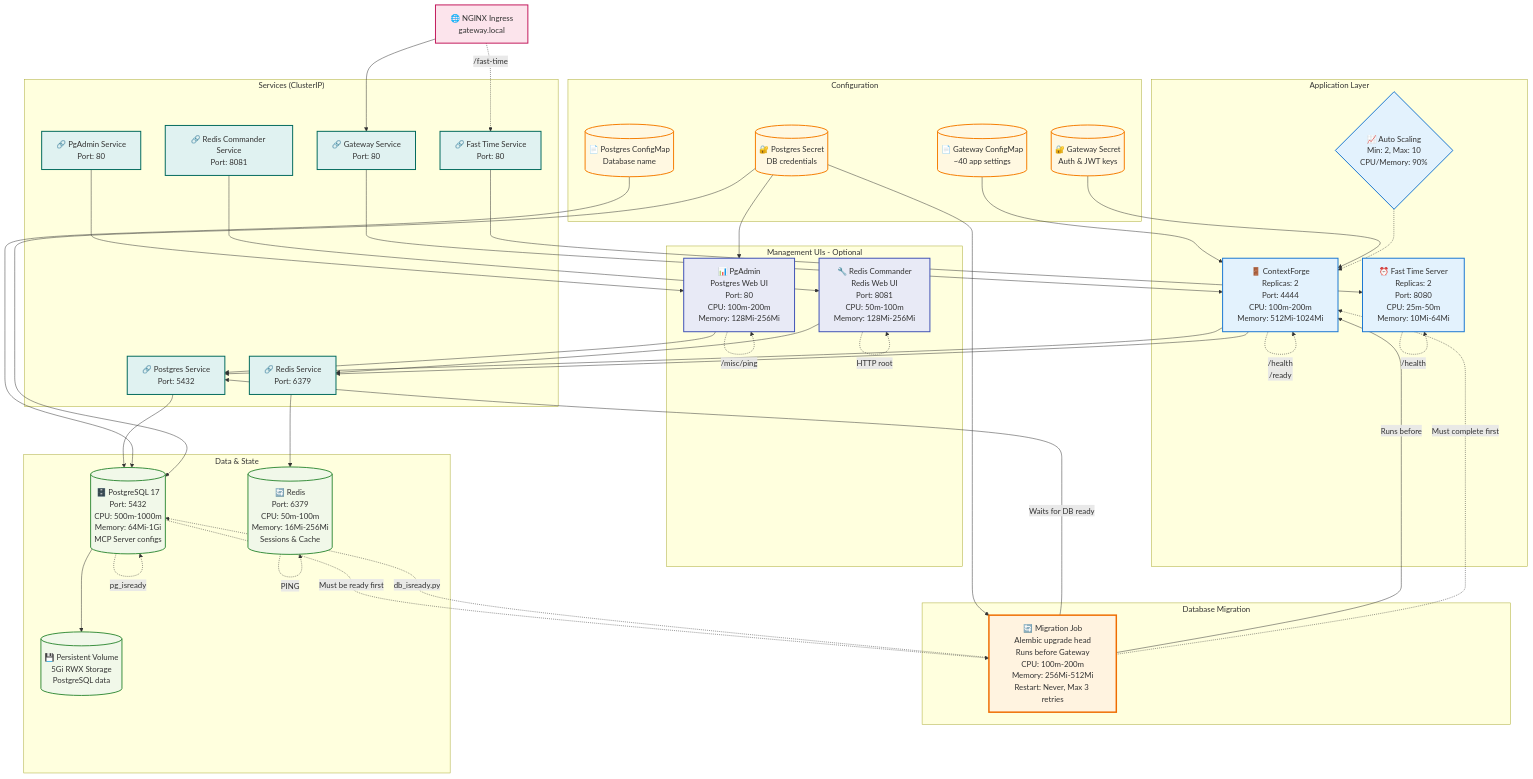
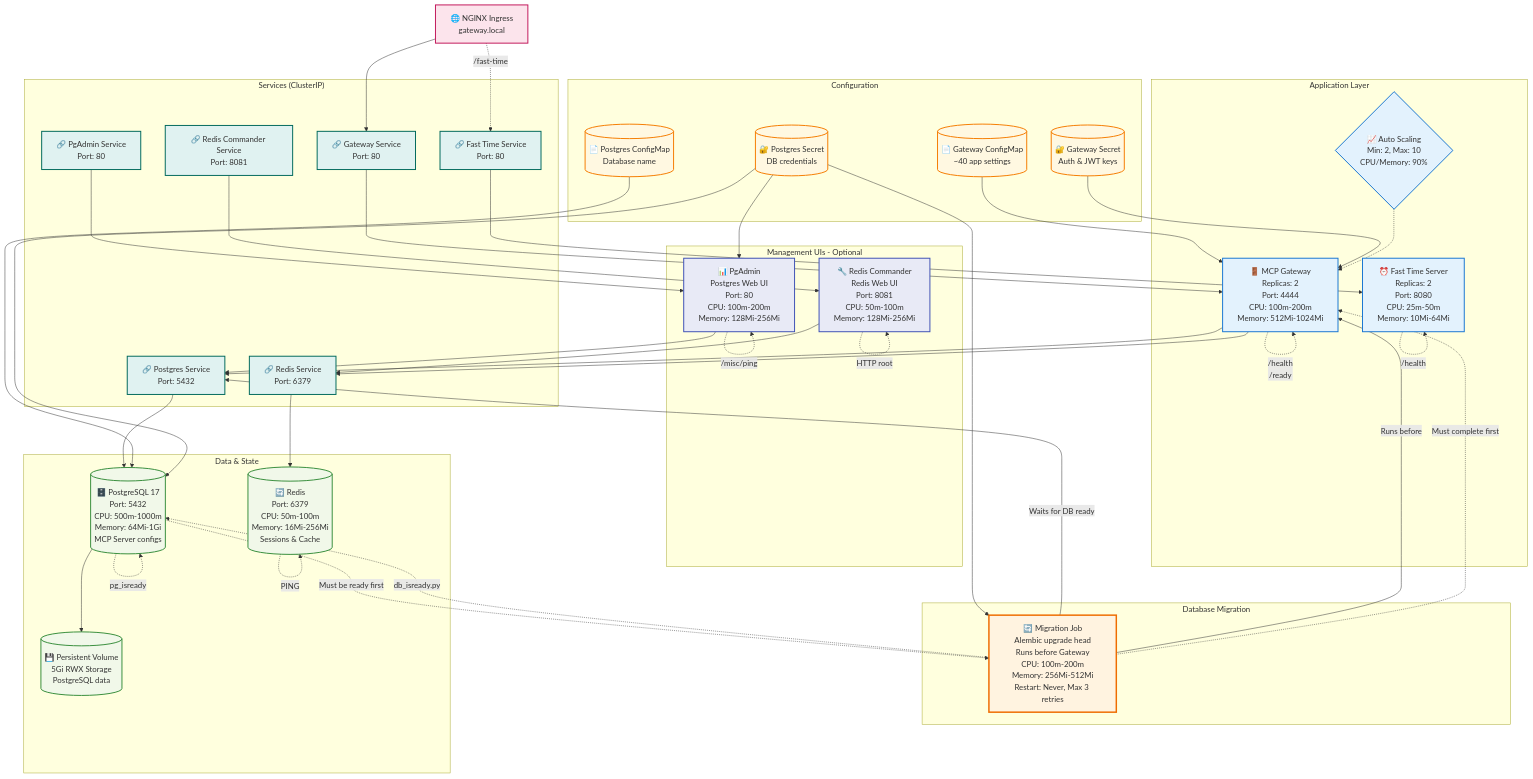
The diagram in charts/README.md (Garry2012/mcp-gateway), drawn with Mermaid before and after one commit. The commit also changed other lines of this file and 130 other files, not shown here.

Commit message:
feat: complete MCP Gateway brand migration

```diff
--- a/charts/README.md
+++ b/charts/README.md
@@ -57,7 +57,7 @@
 
     %% Application Tier
     subgraph "Application Layer"
-        MCPGateway[🚪 ContextForge<br/>Replicas: 2<br/>Port: 4444<br/>CPU: 100m-200m<br/>Memory: 512Mi-1024Mi]
+        MCPGateway[🚪 MCP Gateway<br/>Replicas: 2<br/>Port: 4444<br/>CPU: 100m-200m<br/>Memory: 512Mi-1024Mi]
         FastTimeServer[⏰ Fast Time Server<br/>Replicas: 2<br/>Port: 8080<br/>CPU: 25m-50m<br/>Memory: 10Mi-64Mi]
         HPA{📈 Auto Scaling<br/>Min: 2, Max: 10<br/>CPU/Memory: 90%}
     end
```
